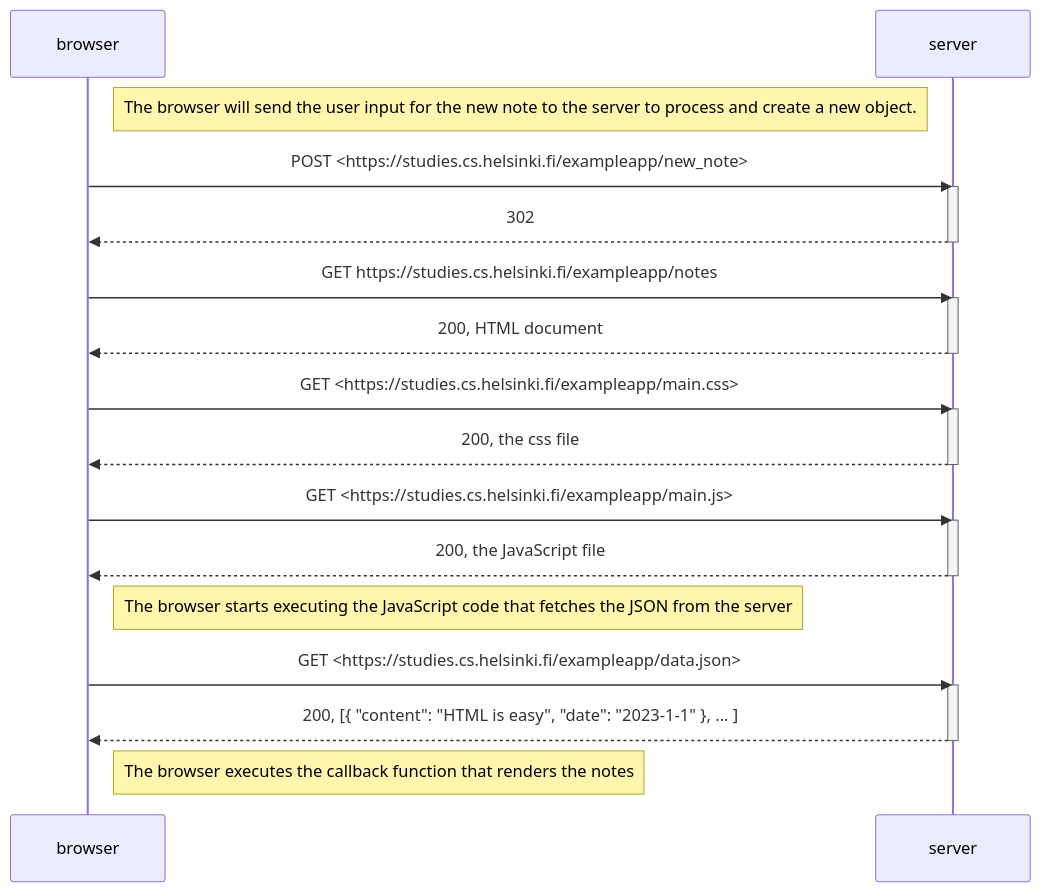
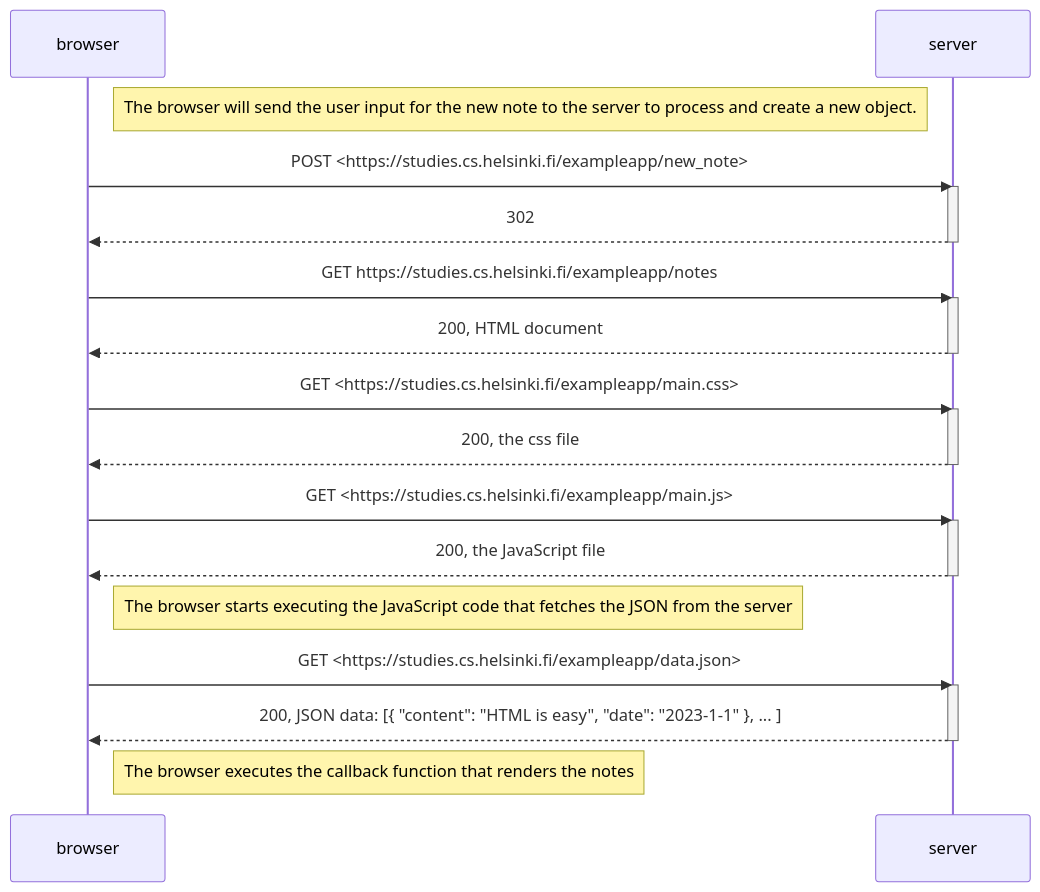
Before and after one commit to ericbanzuzi/fullstack-open-hy: the diagram in part0/exercise4.md, drawn with Mermaid.

````diff
--- a/part0/exercise4.md
+++ b/part0/exercise4.md
@@ -4,35 +4,35 @@
 ```mermaid
 sequenceDiagram
     participant browser
     participant server
 
     Note right of browser: The browser will send the user input for the new note to the server to process and create a new object.
     browser->>server: POST <https://studies.cs.helsinki.fi/exampleapp/new_note>
     activate server
     server-->>browser: 302 
     deactivate server
 
     browser->>server: GET https://studies.cs.helsinki.fi/exampleapp/notes
     activate server
     server-->>browser: 200, HTML document
     deactivate server
 
     browser->>server: GET <https://studies.cs.helsinki.fi/exampleapp/main.css>
     activate server
     server-->>browser: 200, the css file
     deactivate server
 
     browser->>server: GET <https://studies.cs.helsinki.fi/exampleapp/main.js>
     activate server
     server-->>browser: 200, the JavaScript file
     deactivate server
 
     Note right of browser: The browser starts executing the JavaScript code that fetches the JSON from the server
 
     browser->>server: GET <https://studies.cs.helsinki.fi/exampleapp/data.json>
     activate server
-    server-->>browser: 200, [{ "content": "HTML is easy", "date": "2023-1-1" }, ... ]
+    server-->>browser: 200, JSON data: [{ "content": "HTML is easy", "date": "2023-1-1" }, ... ]
     deactivate server
 
     Note right of browser: The browser executes the callback function that renders the notes
 ```
````
